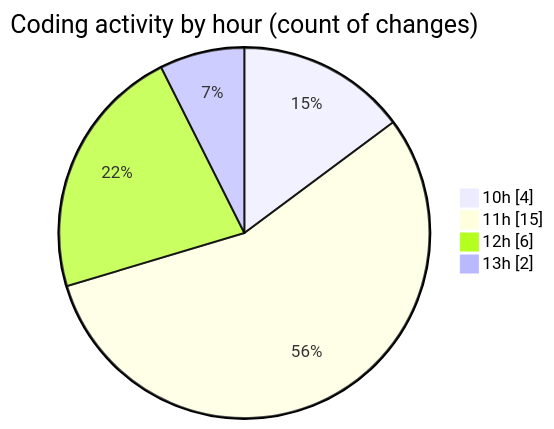
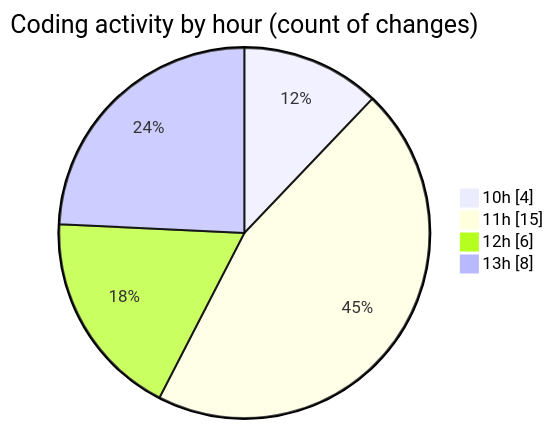
The second of 2 diagrams in 2026-01-08/nxtqube_webapp/README.md (nxtqubesakshisongat/code-tracking), drawn with Mermaid before and after one commit. The commit also changed other lines of this file and 1 other file, not shown here.

````diff
--- a/2026-01-08/nxtqube_webapp/README.md
+++ b/2026-01-08/nxtqube_webapp/README.md
@@ -32,8 +32,8 @@
 ```mermaid
 pie showData
 title Coding activity by hour (count of changes)
 "10h" : 4
 "11h" : 15
 "12h" : 6
-"13h" : 2
+"13h" : 8
 ```
````
